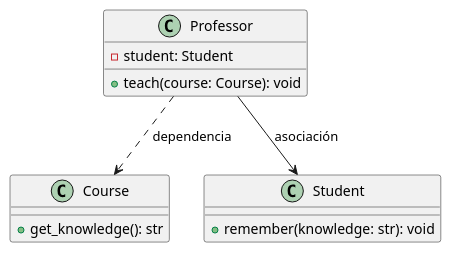
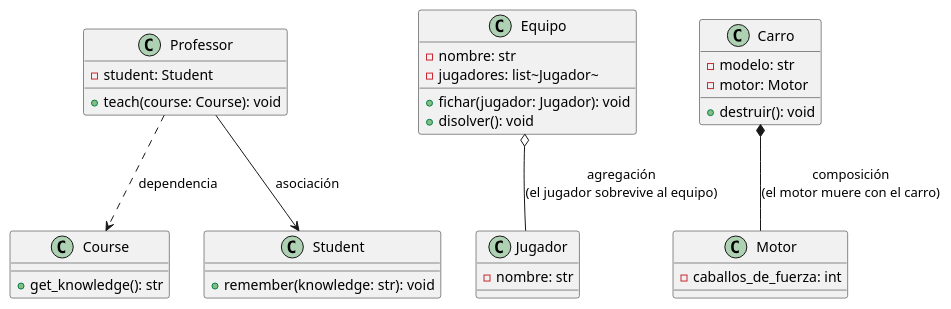
The diagram in class_uml/uml_class_diagram.puml (miguepoloc/especializacion_ds), drawn with PlantUML before and after one commit. The commit also changed 4 other files, not shown here.

Commit message:
feat: add UML relationship guide notebook, update sequence diagram, and synchronize Python environment configurations

```diff
--- a/class_uml/uml_class_diagram.puml
+++ b/class_uml/uml_class_diagram.puml
@@ -1,19 +1,44 @@
 @startuml
 
 class Course {
   +get_knowledge(): str
 }
 
 class Student {
   +remember(knowledge: str): void
 }
 
 class Professor {
   -student: Student
   +teach(course: Course): void
 }
 
 Professor --> Student : asociación
 Professor ..> Course : dependencia
 
+class Jugador {
+  -nombre: str
+}
+
+class Equipo {
+  -nombre: str
+  -jugadores: list~Jugador~
+  +fichar(jugador: Jugador): void
+  +disolver(): void
+}
+
+Equipo o-- Jugador : agregación\n(el jugador sobrevive al equipo)
+
+class Motor {
+  -caballos_de_fuerza: int
+}
+
+class Carro {
+  -modelo: str
+  -motor: Motor
+  +destruir(): void
+}
+
+Carro *-- Motor : composición\n(el motor muere con el carro)
+
 @enduml
```
